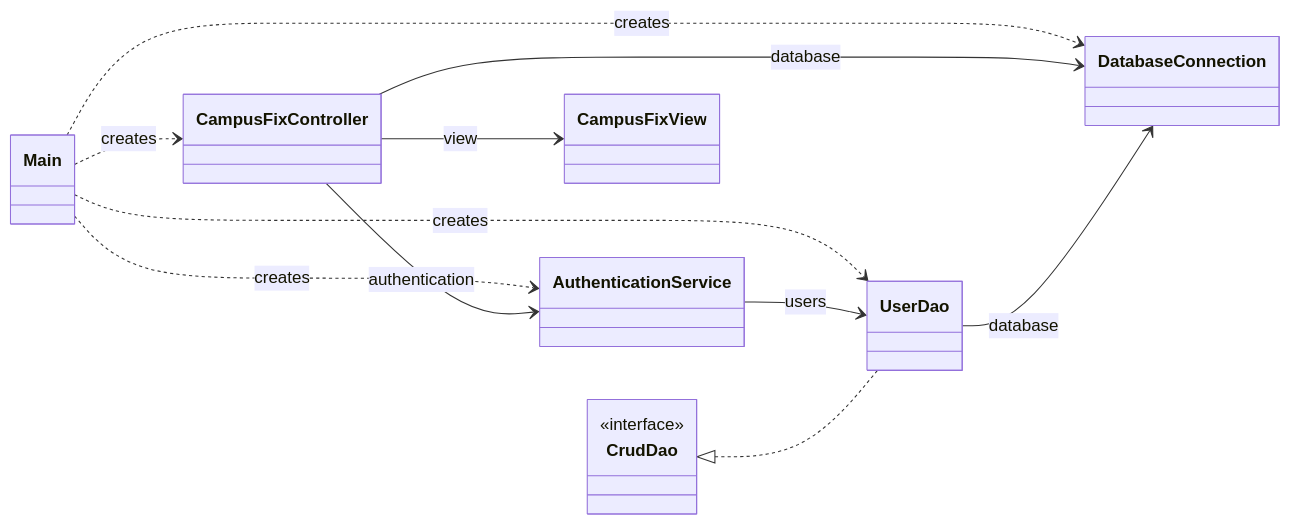
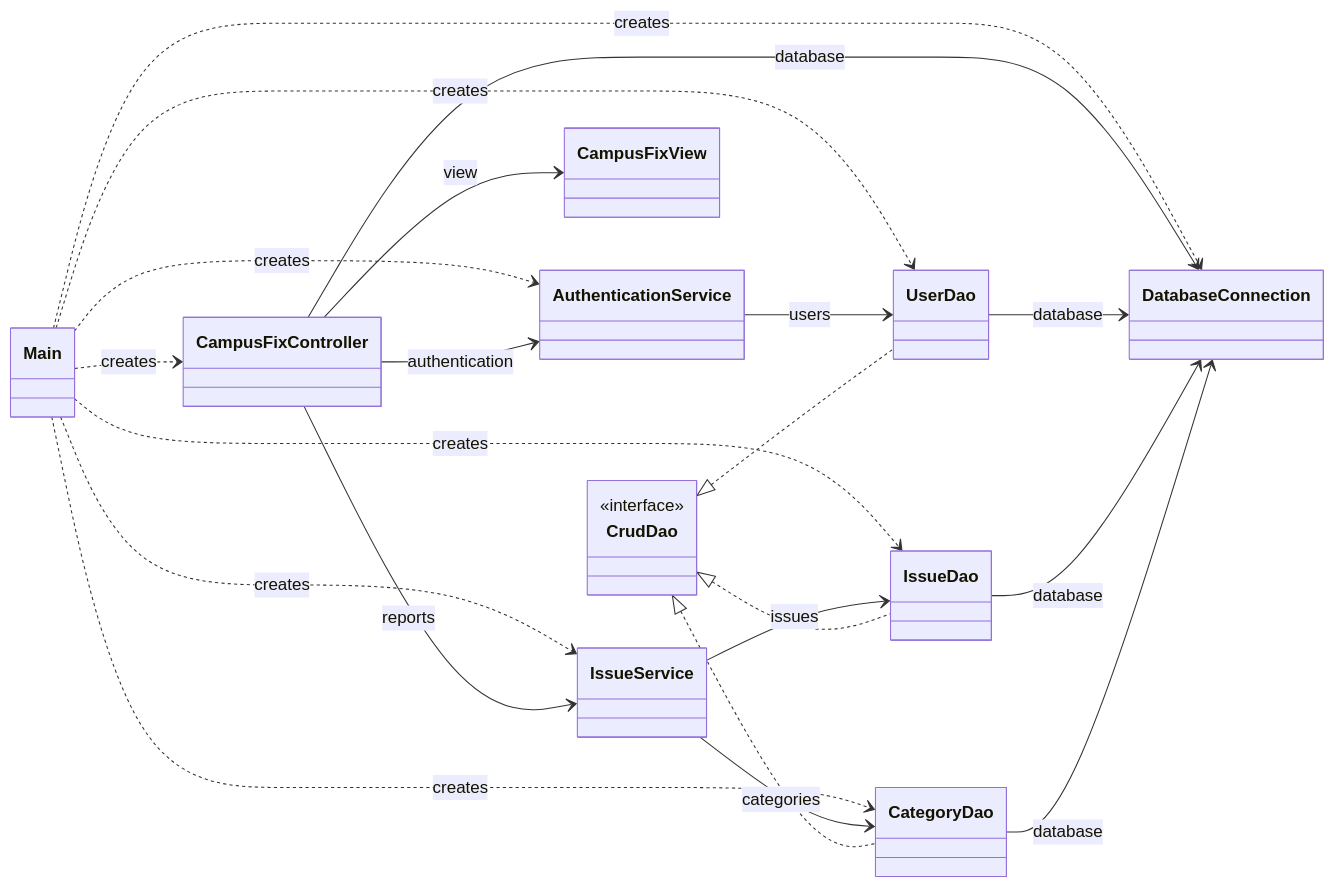
Before and after one commit to dfernq/inso-2026-2027-campus-fix: the diagram in docs/python-desktop.md, drawn with Mermaid. The commit also changed other lines of this file and 12 other files, not shown here.

````diff
--- a/docs/python-desktop.md
+++ b/docs/python-desktop.md
@@ -26,17 +35,27 @@
 ```mermaid
 classDiagram
     direction LR
     class CrudDao {
         <<interface>>
     }
     Main ..> CampusFixController : creates
     Main ..> DatabaseConnection : creates
     Main ..> AuthenticationService : creates
     Main ..> UserDao : creates
+    Main ..> IssueService : creates
+    Main ..> IssueDao : creates
+    Main ..> CategoryDao : creates
     CampusFixController --> CampusFixView : view
     CampusFixController --> DatabaseConnection : database
     CampusFixController --> AuthenticationService : authentication
+    CampusFixController --> IssueService : reports
     AuthenticationService --> UserDao : users
+    IssueService --> IssueDao : issues
+    IssueService --> CategoryDao : categories
     UserDao --> DatabaseConnection : database
+    IssueDao --> DatabaseConnection : database
+    CategoryDao --> DatabaseConnection : database
     CrudDao <|.. UserDao
+    CrudDao <|.. IssueDao
+    CrudDao <|.. CategoryDao
 ```
````
